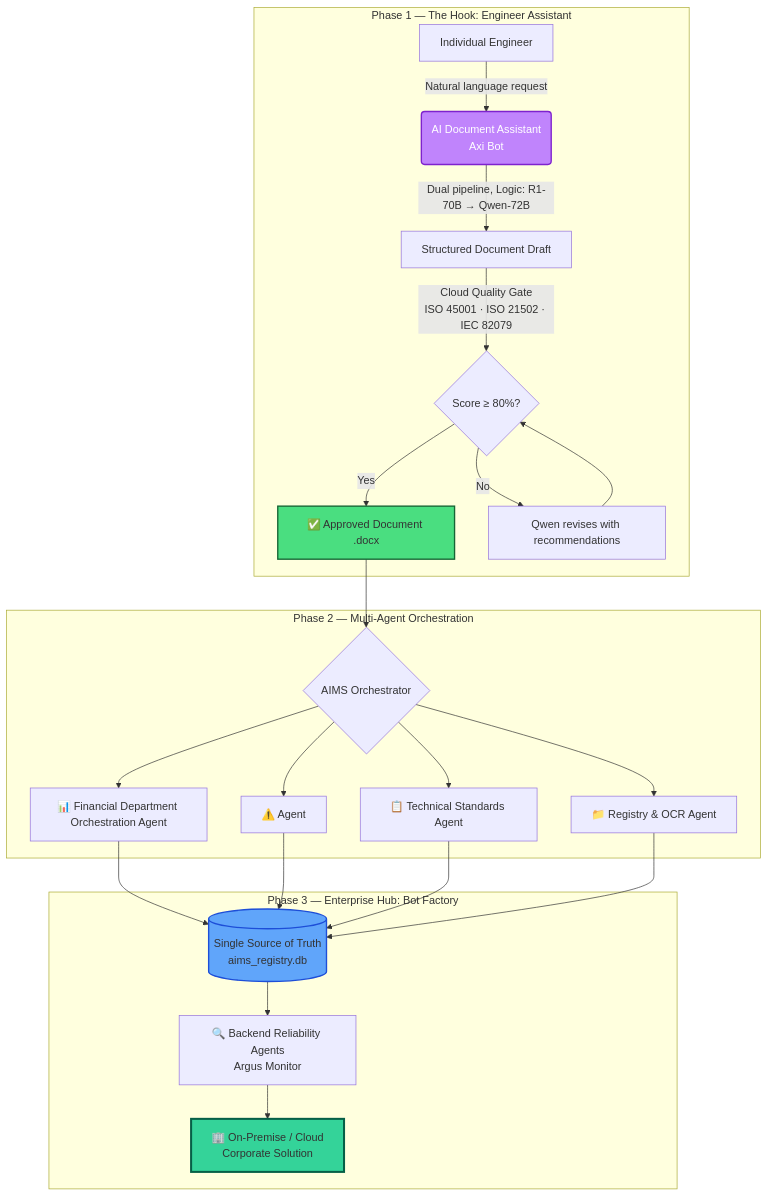
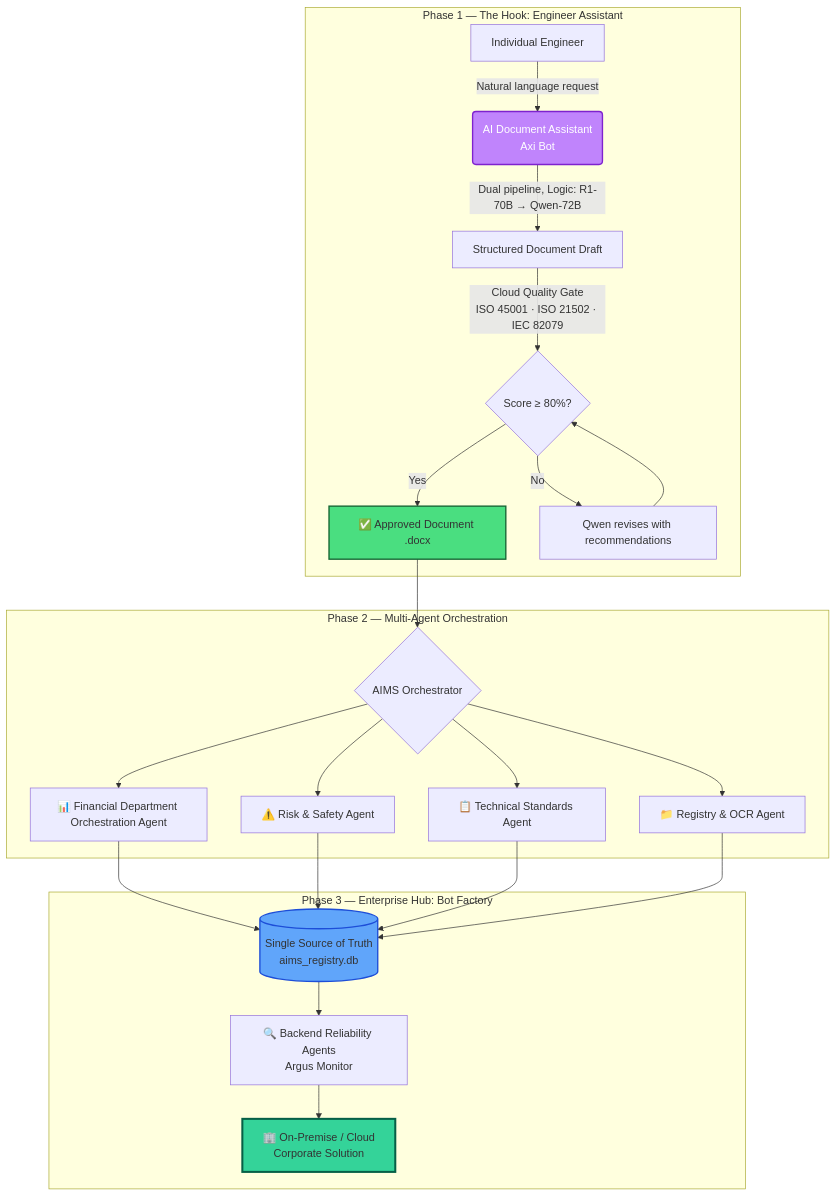
Before and after one commit to AxiOMSphereAssistanceAIMS/AxiOMSphere: the fifth of 8 diagrams in README.md, drawn with Mermaid. The commit also changed other lines of this file, not shown here.

````diff
--- a/README.md
+++ b/README.md
@@ -119,30 +327,30 @@
 ```mermaid
 graph TD
     subgraph "Phase 1 — The Hook: Engineer Assistant"
-        A[Individual Engineer] -->|Natural language request| B(AI Document Assistant\nAxi Bot)
-        B -->|Dual pipeline, Logic: R1-70B → Qwen-72B| C[Structured Document Draft]
-        C -->|Cloud Quality Gate\nISO 45001 · ISO 21502 · IEC 82079| D{Score ≥ 80%?}
-        D -->|Yes| E[✅ Approved Document .docx]
+        A[Individual Engineer] -->|Natural language request| B("AI Document Assistant\nAxi Bot")
+        B -->|"Dual pipeline, Logic: R1-70B → Qwen-72B"| C[Structured Document Draft]
+        C -->|"Cloud Quality Gate\nISO 45001 · ISO 21502 · IEC 82079"| D{"Score ≥ 80%?"}
+        D -->|Yes| E["✅ Approved Document .docx"]
         D -->|No| F[Qwen revises with recommendations]
         F --> D
     end
 
     subgraph "Phase 2 — Multi-Agent Orchestration"
         E --> G{AIMS Orchestrator}
-        G --> H[📊 Financial Department Orchestration Agent]
-        G --> I[⚠️  Agent]
-        G --> J[📋 Technical Standards Agent]
-        G --> K[📁 Registry & OCR Agent]
+        G --> H["📊 Financial Department Orchestration Agent"]
+        G --> I["⚠️ Risk & Safety Agent"]
+        G --> J["📋 Technical Standards Agent"]
+        G --> K["📁 Registry & OCR Agent"]
     end
 
     subgraph "Phase 3 — Enterprise Hub: Bot Factory"
-        H & I & J & K --> L[(Single Source of Truth\naims_registry.db)]
-        L --> M[🔍 Backend Reliability Agents\nArgus Monitor]
-        M --> N[🏢 On-Premise / Cloud\nCorporate Solution]
+        H & I & J & K --> L[("Single Source of Truth\naims_registry.db")]
+        L --> M["🔍 Backend Reliability Agents\nArgus Monitor"]
+        M --> N["🏢 On-Premise / Cloud\nCorporate Solution"]
     end
 
     style B fill:#c084fc,stroke:#7e22ce,stroke-width:2px,color:#fff
     style E fill:#4ade80,stroke:#166534,stroke-width:2px
     style L fill:#60a5fa,stroke:#1d4ed8,stroke-width:2px
     style N fill:#34d399,stroke:#065f46,stroke-width:3px
 ```
````
